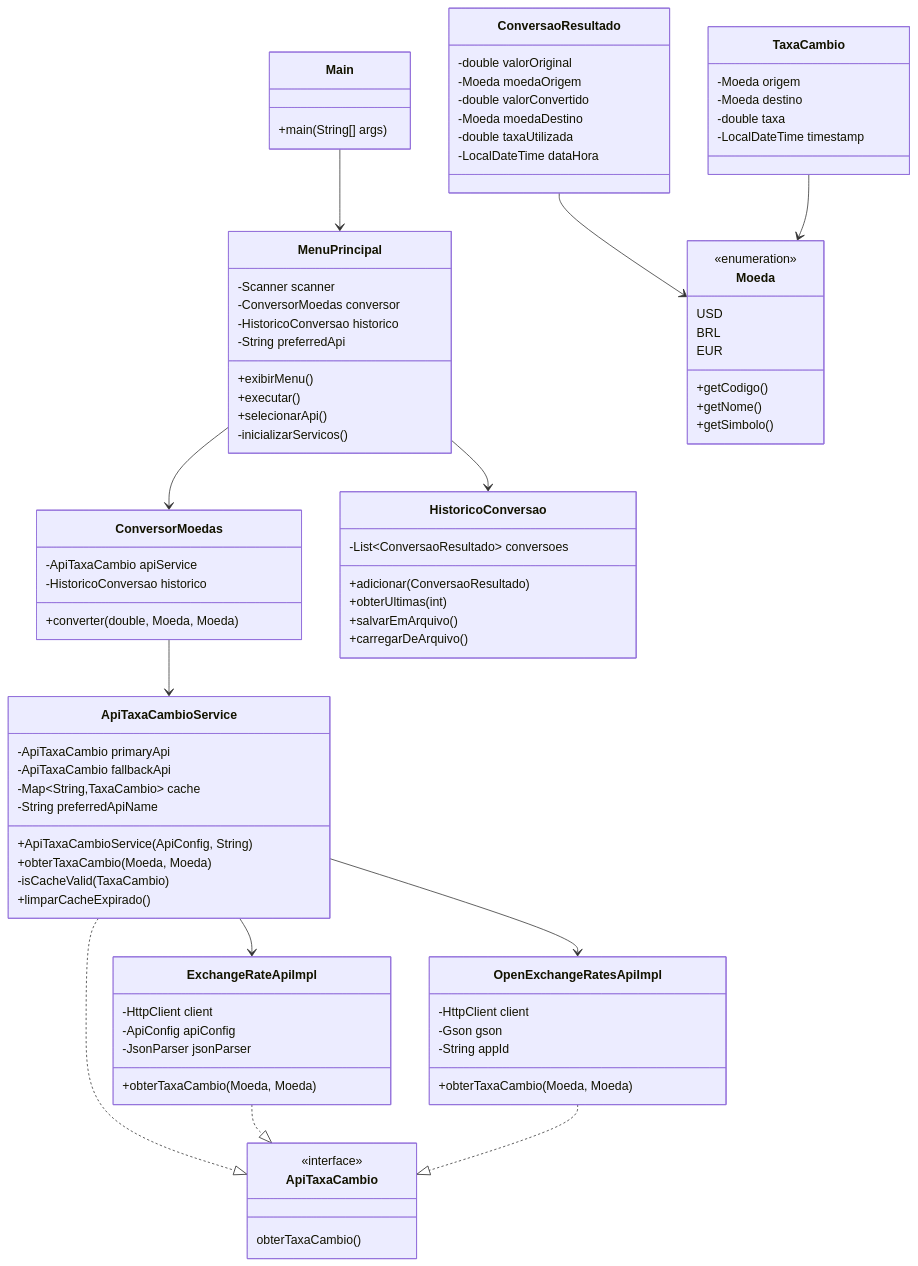
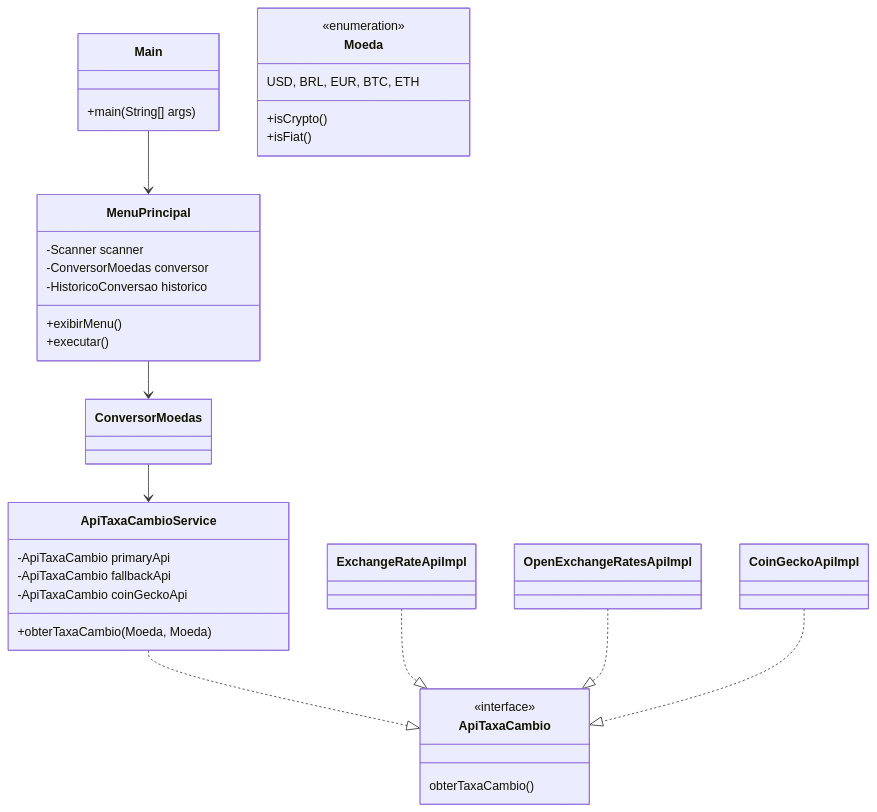
The second of 2 diagrams in README.md (DessimA/Conversor-de-Moedas), drawn with Mermaid before and after one commit. The commit also changed other lines of this file and 11 other files, not shown here.

First line of the commit message:
Add CoinGecko API integration for crypto conversions

````diff
--- a/README.md
+++ b/README.md
@@ -121,54 +112,22 @@
         -Scanner scanner
         -ConversorMoedas conversor
         -HistoricoConversao historico
-        -String preferredApi
         +exibirMenu()
         +executar()
-        +selecionarApi()
-        -inicializarServicos()
     }
     
     class Moeda {
         <<enumeration>>
-        USD
-        BRL
-        EUR
-        +getCodigo()
-        +getNome()
-        +getSimbolo()
-    }
-    
-    class TaxaCambio {
-        -Moeda origem
-        -Moeda destino
-        -double taxa
-        -LocalDateTime timestamp
-    }
-    
-    class ConversaoResultado {
-        -double valorOriginal
-        -Moeda moedaOrigem
-        -double valorConvertido
-        -Moeda moedaDestino
-        -double taxaUtilizada
-        -LocalDateTime dataHora
-    }
-    
-    class ConversorMoedas {
-        -ApiTaxaCambio apiService
-        -HistoricoConversao historico
-        +converter(double, Moeda, Moeda)
+        USD, BRL, EUR, BTC, ETH
+        +isCrypto()
+        +isFiat()
     }
     
     class ApiTaxaCambioService {
         -ApiTaxaCambio primaryApi
         -ApiTaxaCambio fallbackApi
-        -Map~String,TaxaCambio~ cache
-        -String preferredApiName
-        +ApiTaxaCambioService(ApiConfig, String)
+        -ApiTaxaCambio coinGeckoApi
         +obterTaxaCambio(Moeda, Moeda)
-        -isCacheValid(TaxaCambio)
-        +limparCacheExpirado()
     }
 
     class ApiTaxaCambio {
@@ -176,37 +135,15 @@
         obterTaxaCambio()
     }
     
-    class ExchangeRateApiImpl {
-        -HttpClient client
-        -ApiConfig apiConfig
-        -JsonParser jsonParser
-        +obterTaxaCambio(Moeda, Moeda)
-    }
-
-    class OpenExchangeRatesApiImpl {
-        -HttpClient client
-        -Gson gson
-        -String appId
-        +obterTaxaCambio(Moeda, Moeda)
-    }
-    
-    class HistoricoConversao {
-        -List~ConversaoResultado~ conversoes
-        +adicionar(ConversaoResultado)
-        +obterUltimas(int)
-        +salvarEmArquivo()
-        +carregarDeArquivo()
-    }
+    class ExchangeRateApiImpl
+    class OpenExchangeRatesApiImpl
+    class CoinGeckoApiImpl
     
     Main --> MenuPrincipal
     MenuPrincipal --> ConversorMoedas
-    MenuPrincipal --> HistoricoConversao
     ConversorMoedas --> ApiTaxaCambioService
     ApiTaxaCambioService ..|> ApiTaxaCambio
-    ApiTaxaCambioService --> ExchangeRateApiImpl
-    ApiTaxaCambioService --> OpenExchangeRatesApiImpl
     ExchangeRateApiImpl ..|> ApiTaxaCambio
     OpenExchangeRatesApiImpl ..|> ApiTaxaCambio
-    ConversaoResultado --> Moeda
-    TaxaCambio --> Moeda
+    CoinGeckoApiImpl ..|> ApiTaxaCambio
 ```
````
